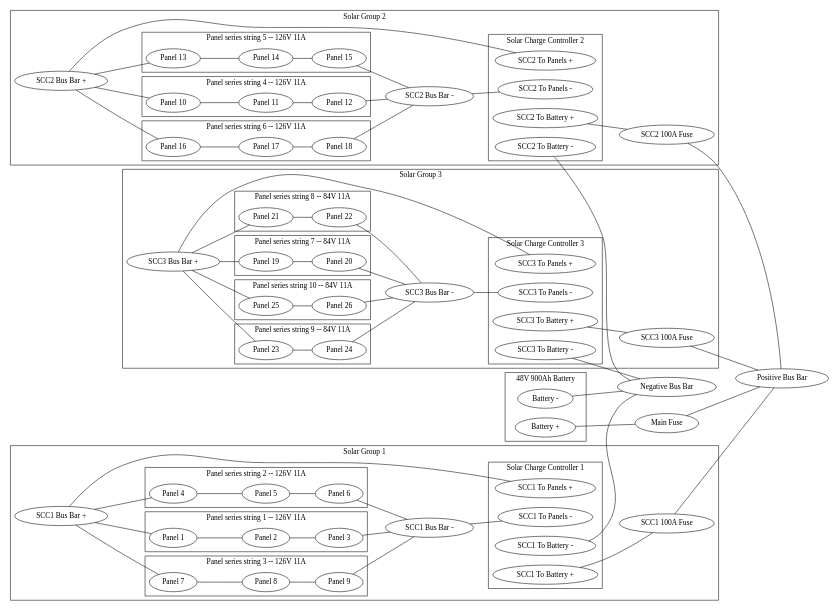
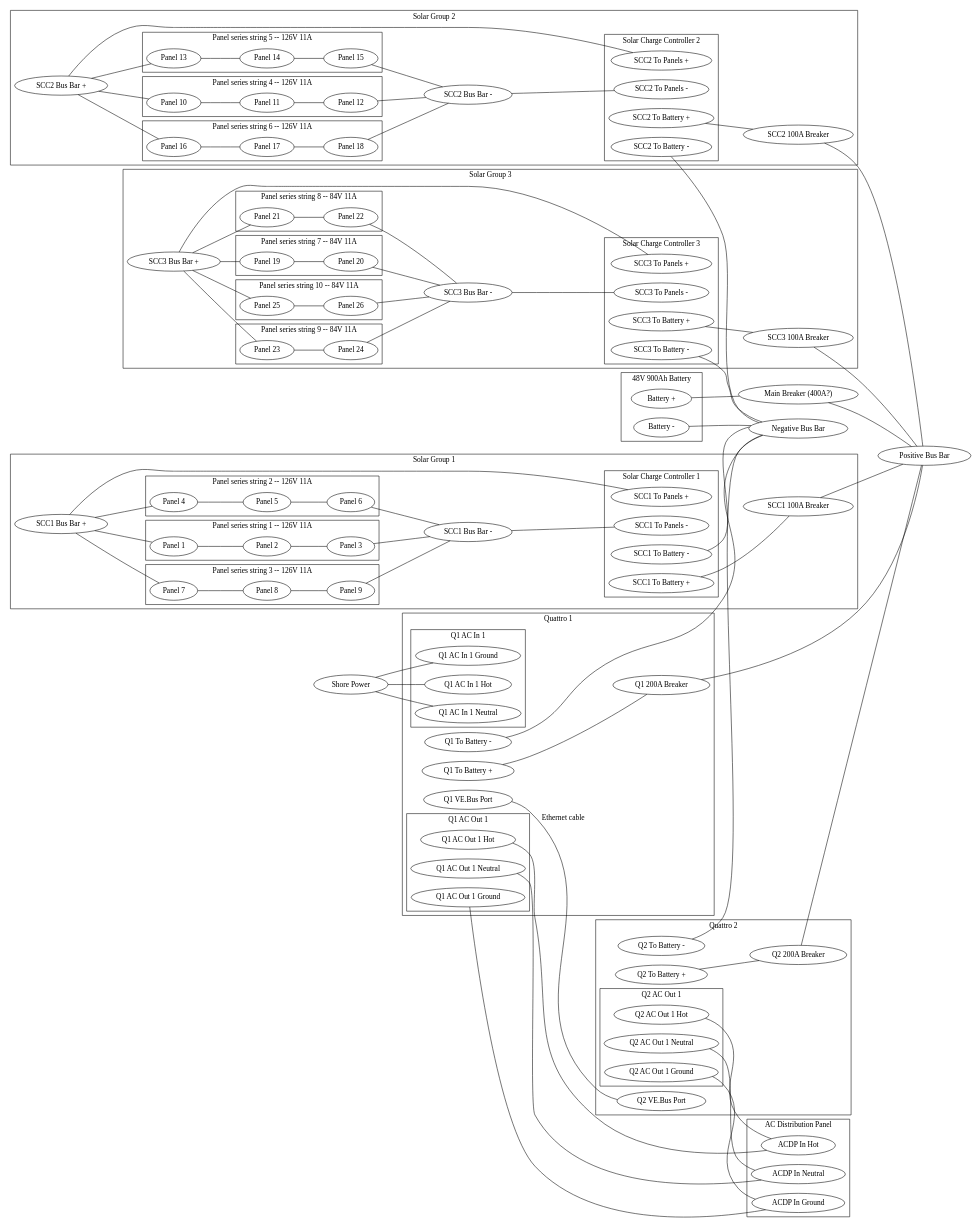
One commit to aaronaxvig/hunter-376-docs changed the diagram in big-system.gv. Above: the diagram before and after it, drawn with Graphviz.

Commit message:
Added inverter/chargers

```diff
--- a/big-system.gv
+++ b/big-system.gv
@@ -1,131 +1,182 @@
 graph Main {
     rankdir=LR;
     subgraph cluster_battery {
         label="48V 900Ah Battery";
         "Battery +";
         "Battery -";
     }
-    "Battery +" -- "Main Fuse";
-    "Main Fuse" -- "Positive Bus Bar";
+    "Main Breaker"[label="Main Breaker (400A?)"]
+    "Battery +" -- "Main Breaker";
+    "Main Breaker" -- "Positive Bus Bar";
     "Battery -" -- "Negative Bus Bar";
     "SCC1 Bus Bar +" -- "Panel 1" -- "Panel 2" -- "Panel 3" -- "SCC1 Bus Bar -";
     "SCC1 Bus Bar +" -- "Panel 4" -- "Panel 5" -- "Panel 6" -- "SCC1 Bus Bar -";
     "SCC1 Bus Bar +" -- "Panel 7" -- "Panel 8" -- "Panel 9" -- "SCC1 Bus Bar -";
     "SCC2 Bus Bar +" -- "Panel 10" -- "Panel 11" -- "Panel 12" -- "SCC2 Bus Bar -";
     "SCC2 Bus Bar +" -- "Panel 13" -- "Panel 14" -- "Panel 15" -- "SCC2 Bus Bar -";
     "SCC2 Bus Bar +" -- "Panel 16" -- "Panel 17" -- "Panel 18" -- "SCC2 Bus Bar -";
     "SCC3 Bus Bar +" -- "Panel 19" -- "Panel 20" -- "SCC3 Bus Bar -";
     "SCC3 Bus Bar +" -- "Panel 21" -- "Panel 22" -- "SCC3 Bus Bar -";
     "SCC3 Bus Bar +" -- "Panel 23" -- "Panel 24" -- "SCC3 Bus Bar -";
     "SCC3 Bus Bar +" -- "Panel 25" -- "Panel 26" -- "SCC3 Bus Bar -";
     "SCC1 Bus Bar +" -- "SCC1 To Panels +";
     "SCC1 Bus Bar -" -- "SCC1 To Panels -";
     "SCC2 Bus Bar +" -- "SCC2 To Panels +";
     "SCC2 Bus Bar -" -- "SCC2 To Panels -";
     "SCC3 Bus Bar +" -- "SCC3 To Panels +";
     "SCC3 Bus Bar -" -- "SCC3 To Panels -";
     subgraph cluster_solar_group_1 {
         label="Solar Group 1";
         subgraph cluster_scc1 {
             label="Solar Charge Controller 1";
             "SCC1 To Panels +";
             "SCC1 To Panels -";
             "SCC1 To Battery +"
             "SCC1 To Battery -"
         }
         subgraph cluster_panel_series_1 {
             label="Panel series string 1 -- 126V 11A"
             "Panel 1";
             "Panel 2";
             "Panel 3";
         }
         subgraph cluster_panel_series_2 {
             label="Panel series string 2 -- 126V 11A"
             "Panel 4";
             "Panel 5";
             "Panel 6";
         }
         subgraph cluster_panel_series_3 {
             label="Panel series string 3 -- 126V 11A"
             "Panel 7";
             "Panel 8";
             "Panel 9";
         }
-        "SCC1 100A Fuse"
+        "SCC1 100A Breaker"
         "SCC1 Bus Bar +"
         "SCC1 Bus Bar -"
     }
         subgraph cluster_solar_group_2 {
         label="Solar Group 2";
         subgraph cluster_scc2 {
             label="Solar Charge Controller 2";
             "SCC2 To Panels +";
             "SCC2 To Panels -";
             "SCC2 To Battery +"
             "SCC2 To Battery -"
         }
         subgraph cluster_panel_series_4 {
             label="Panel series string 4 -- 126V 11A"
             "Panel 10";
             "Panel 11";
             "Panel 12";
         }
         subgraph cluster_panel_series_5 {
             label="Panel series string 5 -- 126V 11A"
             "Panel 13";
             "Panel 14";
             "Panel 15";
         }
         subgraph cluster_panel_series_6 {
             label="Panel series string 6 -- 126V 11A"
             "Panel 16";
             "Panel 17";
             "Panel 18";
         }
-        "SCC2 100A Fuse"
+        "SCC2 100A Breaker"
         "SCC2 Bus Bar +"
         "SCC2 Bus Bar -"
     }
         subgraph cluster_solar_group_3 {
         label="Solar Group 3";
         subgraph cluster_scc3 {
             label="Solar Charge Controller 3";
             "SCC3 To Panels +";
             "SCC3 To Panels -";
             "SCC3 To Battery +"
             "SCC3 To Battery -"
         }
         subgraph cluster_panel_series_7 {
             label="Panel series string 7 -- 84V 11A"
             "Panel 19";
             "Panel 20";
         }
         subgraph cluster_panel_series_8 {
             label="Panel series string 8 -- 84V 11A"
             "Panel 21";
             "Panel 22";
         }
         subgraph cluster_panel_series_9 {
             label="Panel series string 9 -- 84V 11A"
             "Panel 23";
             "Panel 24";
         }
         subgraph cluster_panel_series_10 {
             label="Panel series string 10 -- 84V 11A"
             "Panel 25";
             "Panel 26";
         }
-        "SCC3 100A Fuse"
+        "SCC3 100A Breaker"
         "SCC3 Bus Bar +"
         "SCC3 Bus Bar -"
     }
-    "SCC1 To Battery +" -- "SCC1 100A Fuse";
-    "SCC1 100A Fuse" -- "Positive Bus Bar";
+    "SCC1 To Battery +" -- "SCC1 100A Breaker";
+    "SCC1 100A Breaker" -- "Positive Bus Bar";
     "SCC1 To Battery -" -- "Negative Bus Bar";
-    "SCC2 To Battery +" -- "SCC2 100A Fuse";
-    "SCC2 100A Fuse" -- "Positive Bus Bar";
+    "SCC2 To Battery +" -- "SCC2 100A Breaker";
+    "SCC2 100A Breaker" -- "Positive Bus Bar";
     "SCC2 To Battery -" -- "Negative Bus Bar";
-    "SCC3 To Battery +" -- "SCC3 100A Fuse";
-    "SCC3 100A Fuse" -- "Positive Bus Bar";
+    "SCC3 To Battery +" -- "SCC3 100A Breaker";
+    "SCC3 100A Breaker" -- "Positive Bus Bar";
     "SCC3 To Battery -" -- "Negative Bus Bar";
+    subgraph cluster_ac_distribution_panel {
+        label="AC Distribution Panel"
+        "ACDP In Hot";
+        "ACDP In Neutral";
+        "ACDP In Ground";
+    }
+    subgraph cluster_quattro_1 {
+        label="Quattro 1";
+        subgraph cluster_q1_acin1 {
+            label="Q1 AC In 1"
+            "Q1 AC In 1 Hot";
+            "Q1 AC In 1 Neutral";
+            "Q1 AC In 1 Ground";
+        }
+        subgraph cluster_q1_acout1 {
+            label="Q1 AC Out 1"
+            "Q1 AC Out 1 Hot";
+            "Q1 AC Out 1 Neutral";
+            "Q1 AC Out 1 Ground";
+        }
+        "Q1 To Battery +" -- "Q1 200A Breaker";
+        "Q1 To Battery -";
+        "Q1 VE.Bus Port";
+    }
+    subgraph cluster_quattro_2 {
+        label="Quattro 2";
+        subgraph cluster_q1_acout1 {
+            label="Q2 AC Out 1"
+            "Q2 AC Out 1 Hot";
+            "Q2 AC Out 1 Neutral";
+            "Q2 AC Out 1 Ground";
+        }
+        "Q2 To Battery +" -- "Q2 200A Breaker";
+        "Q2 To Battery -";
+        "Q2 VE.Bus Port";
+    }
+    "Q1 AC Out 1 Hot" -- "ACDP In Hot";
+    "Q1 AC Out 1 Neutral" -- "ACDP In Neutral";
+    "Q1 AC Out 1 Ground" -- "ACDP In Ground";
+    "Q2 AC Out 1 Hot" -- "ACDP In Hot";
+    "Q2 AC Out 1 Neutral" -- "ACDP In Neutral";
+    "Q2 AC Out 1 Ground" -- "ACDP In Ground";
+    "Shore Power" -- "Q1 AC In 1 Hot";
+    "Shore Power" -- "Q1 AC In 1 Neutral";
+    "Shore Power" -- "Q1 AC In 1 Ground";
+    "Q1 200A Breaker" -- "Positive Bus Bar";
+    "Q1 To Battery -" -- "Negative Bus Bar";
+    "Q2 200A Breaker" -- "Positive Bus Bar";
+    "Q2 To Battery -" -- "Negative Bus Bar";
+    "Q1 VE.Bus Port" -- "Q2 VE.Bus Port"[label="Ethernet cable"]
 }
```
